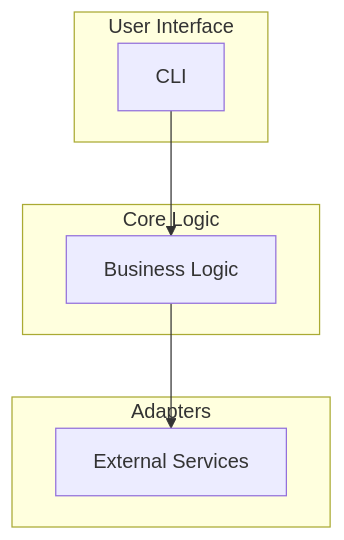
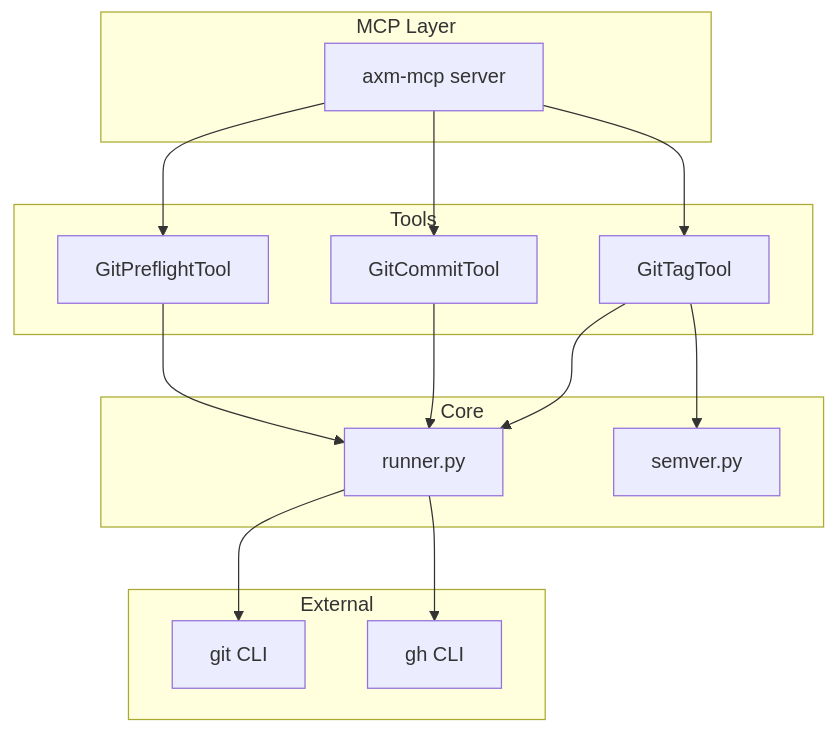
Before and after one commit to axm-protocols/axm-forge: the diagram in docs/explanation/architecture.md, drawn with Mermaid. The commit also changed other lines of this file and 7 other files, not shown here.

````diff
--- a/docs/explanation/architecture.md
+++ b/docs/explanation/architecture.md
@@ -7,17 +7,32 @@
 ```mermaid
 graph TD
-    subgraph "User Interface"
-        CLI["CLI"]
+    subgraph "MCP Layer"
+        MCP["axm-mcp server"]
     end
 
-    subgraph "Core Logic"
-        Core["Business Logic"]
+    subgraph "Tools"
+        Tag["GitTagTool"]
+        Commit["GitCommitTool"]
+        Preflight["GitPreflightTool"]
     end
 
-    subgraph "Adapters"
-        Ext["External Services"]
+    subgraph "Core"
+        Runner["runner.py"]
+        Semver["semver.py"]
     end
 
-    CLI --> Core
-    Core --> Ext
+    subgraph "External"
+        Git["git CLI"]
+        GH["gh CLI"]
+    end
+
+    MCP --> Tag
+    MCP --> Commit
+    MCP --> Preflight
+    Tag --> Runner
+    Tag --> Semver
+    Commit --> Runner
+    Preflight --> Runner
+    Runner --> Git
+    Runner --> GH
 ```
````
